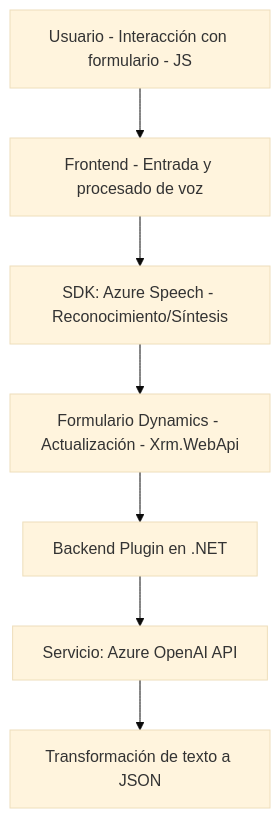
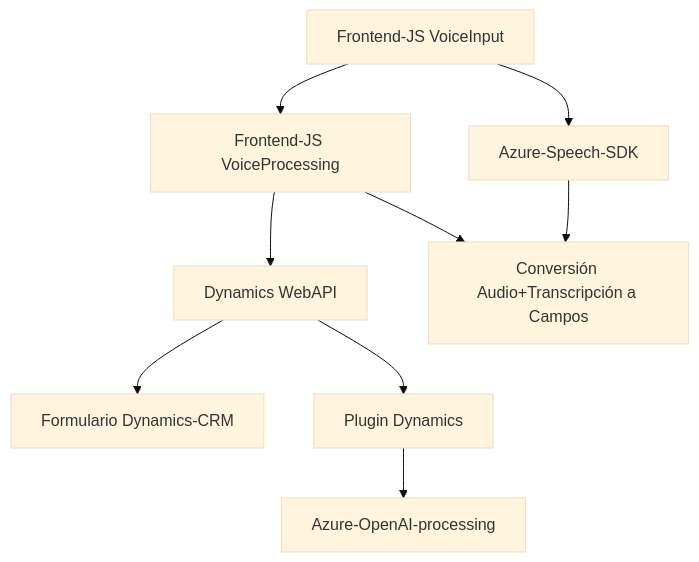
The diagram in README.md (blopezdm/NETCORE_BILBAO2025), drawn with Mermaid (base theme) before and after one commit. The commit also changed other lines of this file, not shown here.

Commit message:
Actualizar análisis global de la solución con IA

````diff
--- a/README.md
+++ b/README.md
@@ -48,17 +53,11 @@
 ```mermaid
 graph TD
-    A["Usuario - Interacción con formulario - JS"]
-    B["Frontend - Entrada y procesado de voz"]
-    C["SDK: Azure Speech - Reconocimiento/Síntesis"]
-    D["Formulario Dynamics - Actualización - Xrm.WebApi"]
-    E["Backend Plugin en .NET"]
-    F["Servicio: Azure OpenAI API"]
-    G["Transformación de texto a JSON"]
-    
-    A --> B
-    B --> C
-    C --> D
-    D --> E
-    E --> F
-    F --> G
+    A["Frontend-JS VoiceInput"] --> B["Azure-Speech-SDK"]
+    A["Frontend-JS VoiceInput"] --> D["Frontend-JS VoiceProcessing"]
+    D["Frontend-JS VoiceProcessing"] --> F["Dynamics WebAPI"]
+    B["Azure-Speech-SDK"] --> E["Reconocimiento de Voz"]
+    D["Frontend-JS VoiceProcessing"] --> E["Conversión Audio+Transcripción a Campos"]
+    F["Dynamics WebAPI"] --> G["Formulario Dynamics-CRM"]
+    F["Dynamics WebAPI"] --> H["External-Async Plugin (.NET)"]
+    H["Plugin Dynamics"] --> I["Azure-OpenAI-processing"]
 ```
````
